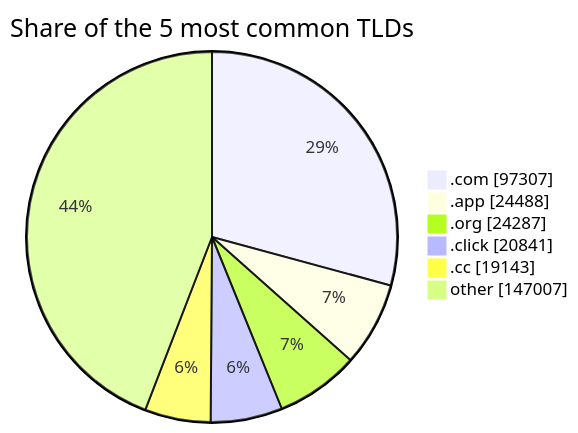
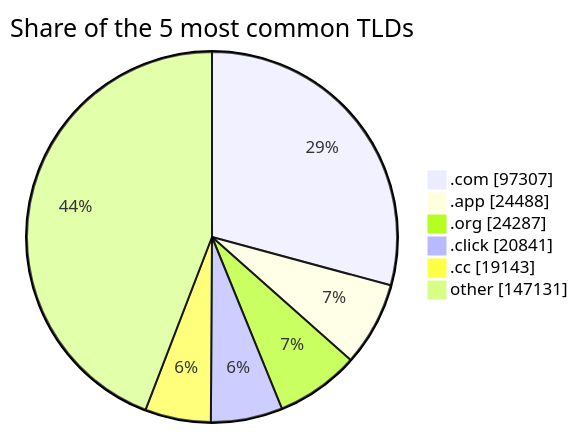
The third of 3 diagrams in README.md (DNSBunker/CTI), drawn with Mermaid before and after one commit. The commit also changed other lines of this file and 4 other files, not shown here.

````diff
--- a/README.md
+++ b/README.md
@@ -81,9 +81,9 @@
 ```mermaid
 pie showData title Share of the 5 most common TLDs
     ".com" : 97307
     ".app" : 24488
     ".org" : 24287
     ".click" : 20841
     ".cc" : 19143
-    "other" : 147007
+    "other" : 147131
 ```
````
